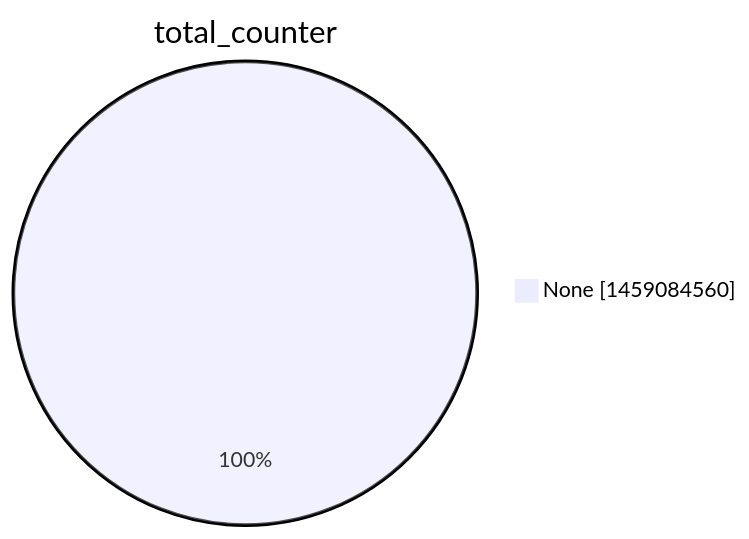
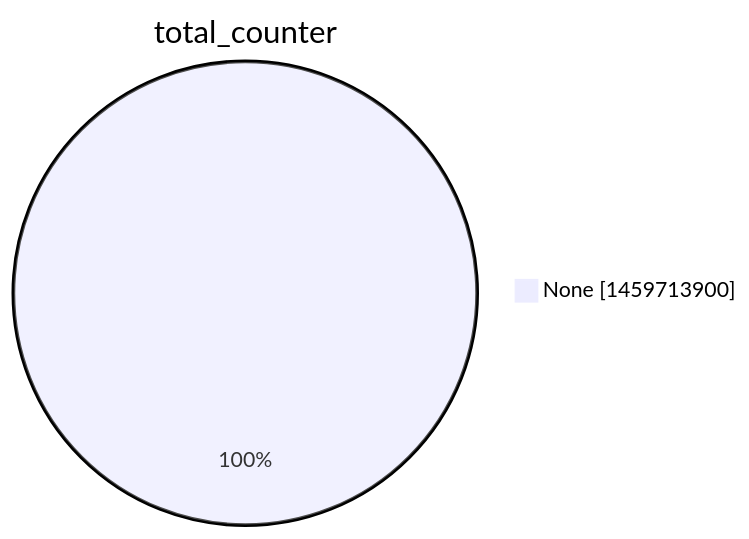
The second of 15 diagrams in argon2022/README.md (christiankrug/ctmonitor_visualization), drawn with Mermaid before and after one commit. The commit also changed other lines of this file, not shown here.

````diff
--- a/argon2022/README.md
+++ b/argon2022/README.md
@@ -9,5 +9,5 @@
 ```mermaid
 pie showData
 title total_counter
-"None" :1459084560
+"None" :1459713900
 ```
````
